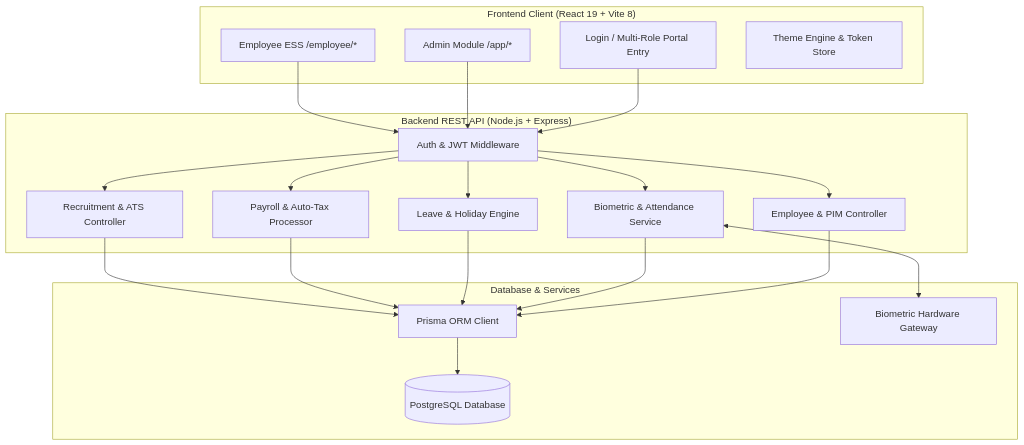
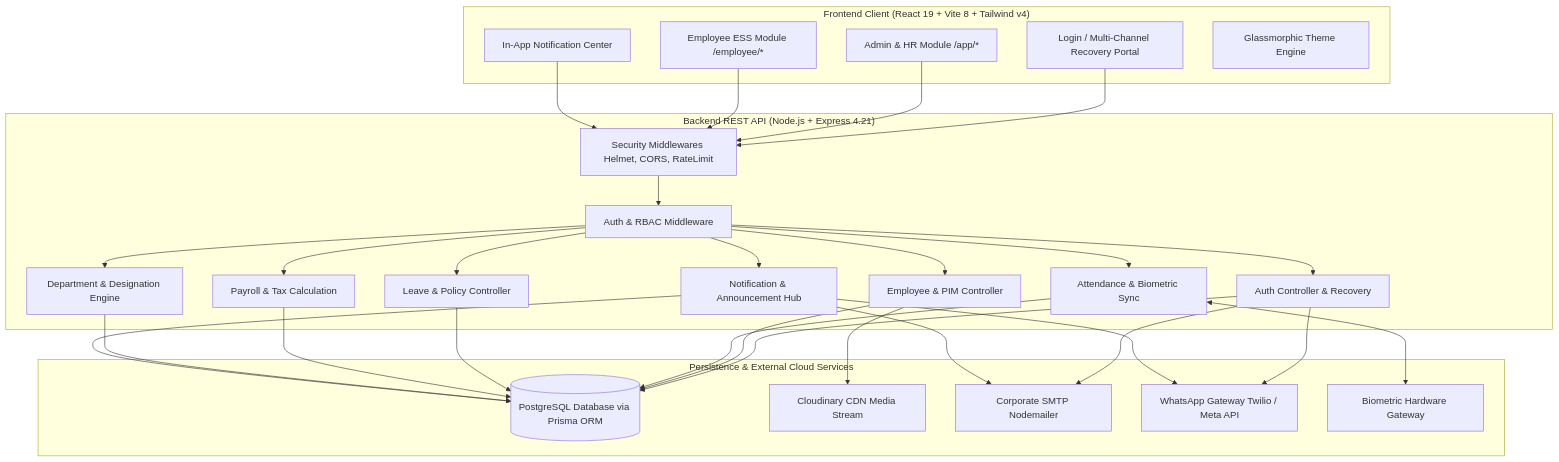
The diagram in README.md (imumairakram/Nexa-HR), drawn with Mermaid before and after one commit. The commit also changed other lines of this file and 10 other files, not shown here.

Commit message:
feat: implement auth system with JWT, OTP recovery, and validation middleware

````diff
--- a/README.md
+++ b/README.md
@@ -117,32 +148,38 @@
 ```mermaid
 flowchart TB
-    subgraph Client["Frontend Client (React 19 + Vite 8)"]
-        A[Login / Multi-Role Portal Entry]
-        B[Admin Module /app/*]
-        C[Employee ESS /employee/*]
-        D[Theme Engine & Token Store]
+    subgraph Client["Frontend Client (React 19 + Vite 8 + Tailwind v4)"]
+        A[Login / Multi-Channel Recovery Portal]
+        B[Admin & HR Module /app/*]
+        C[Employee ESS Module /employee/*]
+        D[In-App Notification Center]
+        E[Glassmorphic Theme Engine]
     end
 
-    subgraph Server["Backend REST API (Node.js + Express)"]
-        E[Auth & JWT Middleware]
-        F[Employee & PIM Controller]
-        G[Biometric & Attendance Service]
-        H[Leave & Holiday Engine]
-        I[Payroll & Auto-Tax Processor]
-        J[Recruitment & ATS Controller]
+    subgraph Server["Backend REST API (Node.js + Express 4.21)"]
+        F[Security Middlewares Helmet, CORS, RateLimit]
+        G[Auth & RBAC Middleware]
+        H[Auth Controller & Recovery]
+        I[Employee & PIM Controller]
+        J[Attendance & Biometric Sync]
+        K[Leave & Policy Controller]
+        L[Payroll & Tax Calculation]
+        M[Department & Designation Engine]
+        N[Notification & Announcement Hub]
     end
 
-    subgraph Data["Database & Services"]
-        K[(PostgreSQL Database)]
-        L[Prisma ORM Client]
-        M[Biometric Hardware Gateway]
+    subgraph Storage["Persistence & External Cloud Services"]
+        O[(PostgreSQL Database via Prisma ORM)]
+        P[Cloudinary CDN Media Stream]
+        Q[Corporate SMTP Nodemailer]
+        R[WhatsApp Gateway Twilio / Meta API]
+        S[Biometric Hardware Gateway]
     end
 
-    A --> E
-    B --> E
-    C --> E
-    E --> F & G & H & I & J
-    F & G & H & I & J --> L
-    L --> K
-    G <--> M
+    A & B & C & D --> F
+    F --> G
+    G --> H & I & J & K & L & M & N
+    H & I & J & K & L & M & N --> O
+    I --> P
+    H & N --> Q & R
+    J <--> S
 ```
````
